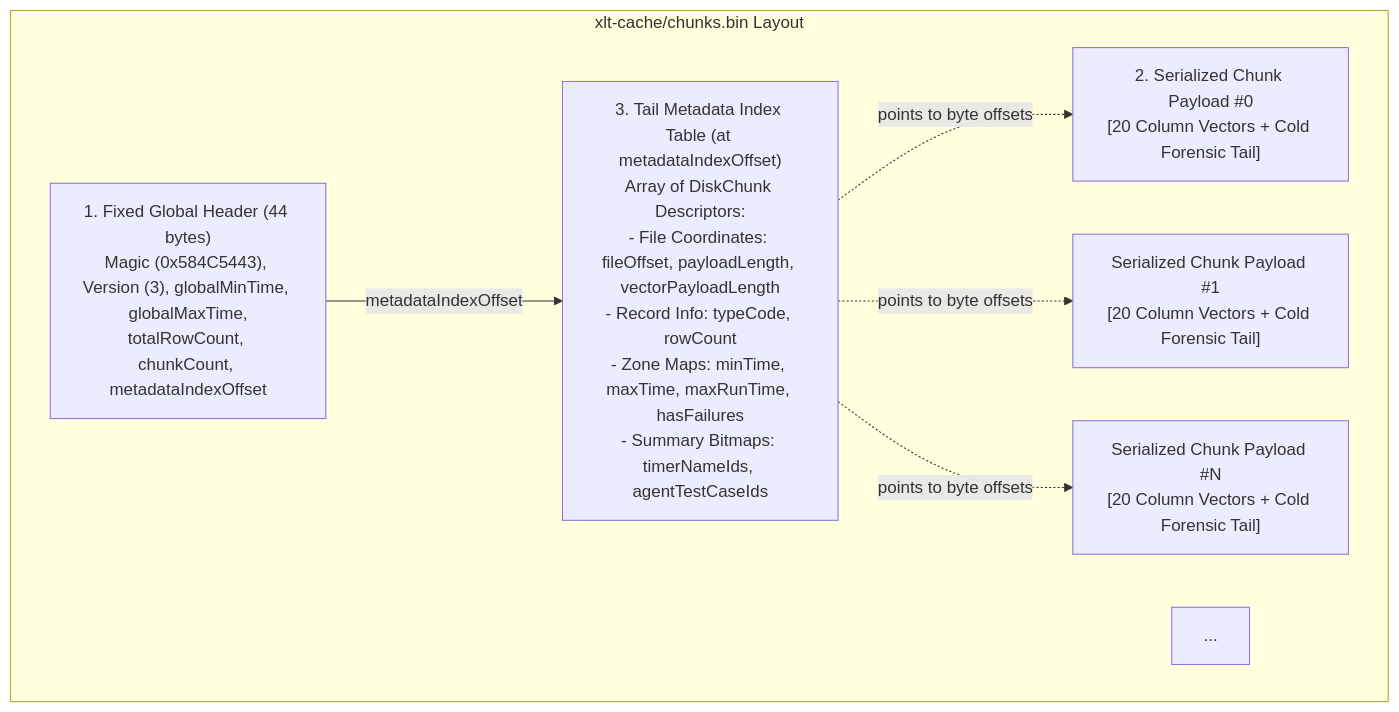
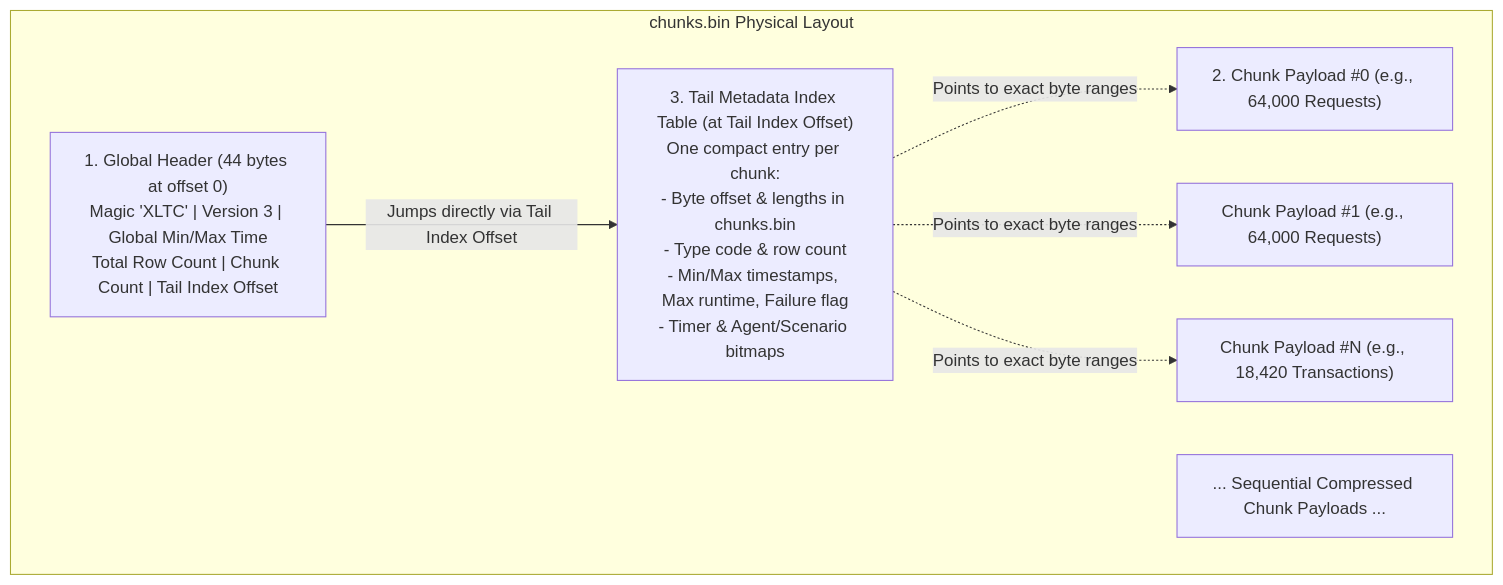
The second of 4 diagrams in docs/TELEMETRY_STORE_ARCHITECTURE_GUIDE.md (Xceptance/XLT), drawn with Mermaid before and after one commit. The commit also changed other lines of this file and 15 other files, not shown here.

````diff
--- a/docs/TELEMETRY_STORE_ARCHITECTURE_GUIDE.md
+++ b/docs/TELEMETRY_STORE_ARCHITECTURE_GUIDE.md
@@ -72,16 +115,14 @@
 ```mermaid
 flowchart TD
-    subgraph ChunksBin["xlt-cache/chunks.bin Layout"]
-        H["1. Fixed Global Header (44 bytes)\nMagic (0x584C5443), Version (3), globalMinTime, globalMaxTime,\ntotalRowCount, chunkCount, metadataIndexOffset"]
-        
-        P1["2. Serialized Chunk Payload #0\n[20 Column Vectors + Cold Forensic Tail]"]
-        P2["Serialized Chunk Payload #1\n[20 Column Vectors + Cold Forensic Tail]"]
-        PDots["..."]
-        PN["Serialized Chunk Payload #N\n[20 Column Vectors + Cold Forensic Tail]"]
-        
-        TAIL["3. Tail Metadata Index Table (at metadataIndexOffset)\nArray of DiskChunk Descriptors:\n- File Coordinates: fileOffset, payloadLength, vectorPayloadLength\n- Record Info: typeCode, rowCount\n- Zone Maps: minTime, maxTime, maxRunTime, hasFailures\n- Summary Bitmaps: timerNameIds, agentTestCaseIds"]
+    subgraph ChunksBin["chunks.bin Physical Layout"]
+        H["1. Global Header (44 bytes at offset 0)\nMagic 'XLTC' | Version 3 | Global Min/Max Time\nTotal Row Count | Chunk Count | Tail Index Offset"]
+        C0["2. Chunk Payload #0 (e.g., 64,000 Requests)"]
+        C1["Chunk Payload #1 (e.g., 64,000 Requests)"]
+        CDOTS["... Sequential Compressed Chunk Payloads ..."]
+        CN["Chunk Payload #N (e.g., 18,420 Transactions)"]
+        IDX["3. Tail Metadata Index Table (at Tail Index Offset)\nOne compact entry per chunk:\n- Byte offset & lengths in chunks.bin\n- Type code & row count\n- Min/Max timestamps, Max runtime, Failure flag\n- Timer & Agent/Scenario bitmaps"]
     end
-    
-    H -- "metadataIndexOffset" --> TAIL
-    TAIL -. "points to byte offsets" .-> P1 & P2 & PN
+
+    H -- "Jumps directly via Tail Index Offset" --> IDX
+    IDX -. "Points to exact byte ranges" .-> C0 & C1 & CN
 ```
````
